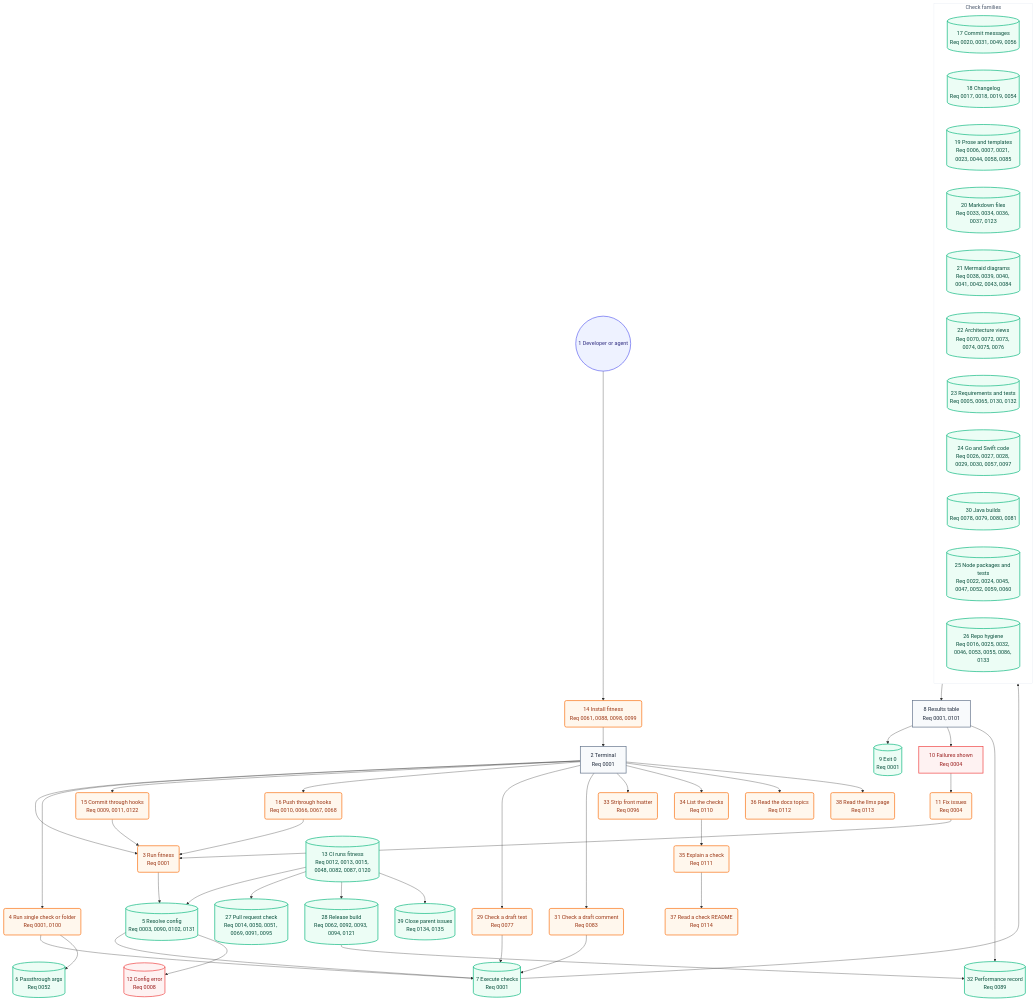
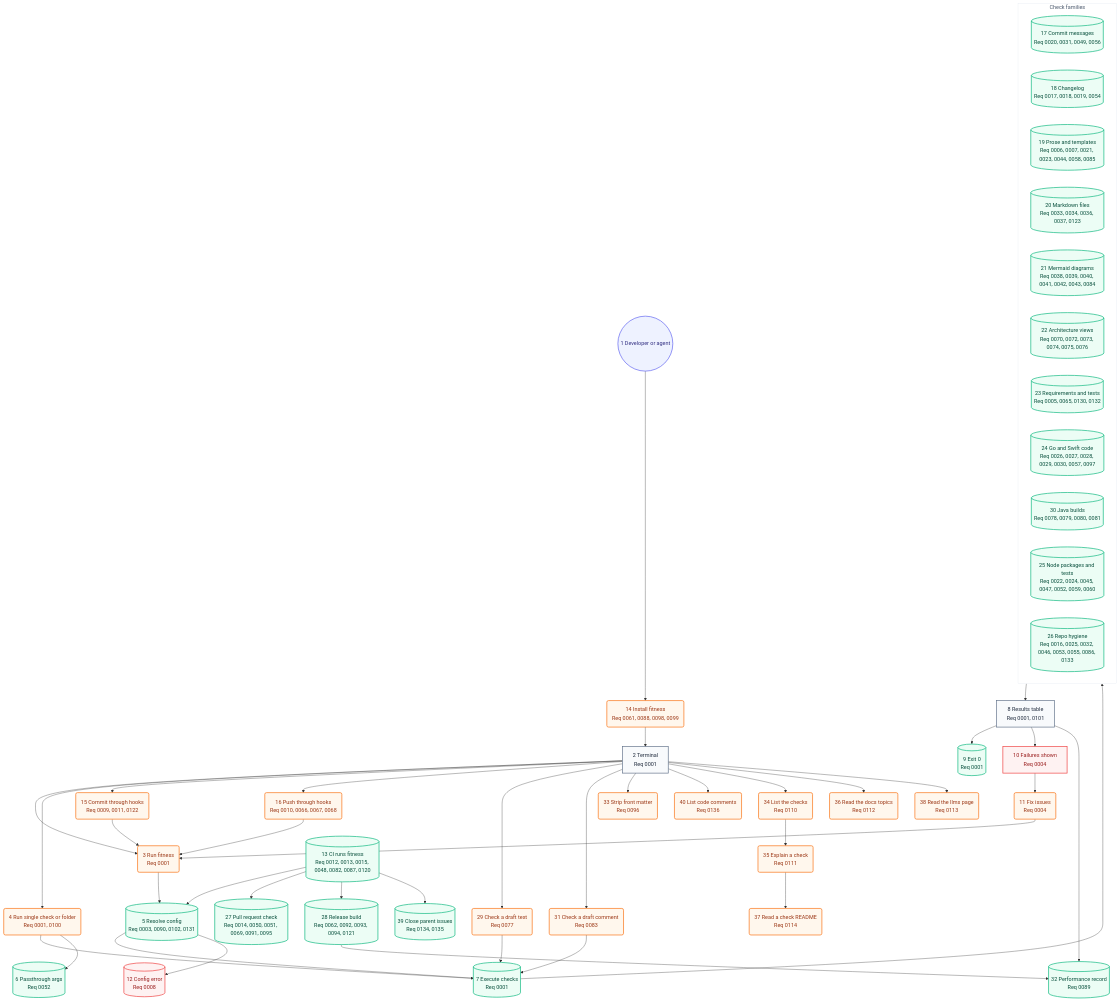
Before and after one commit to may-journal/fitness-runner: the second of 2 diagrams in docs/architecture/05-user-journey.md, drawn with Mermaid. The commit also changed other lines of this file and 18 other files, not shown here.

```diff
--- a/docs/architecture/05-user-journey.md
+++ b/docs/architecture/05-user-journey.md
@@ -42,6 +42,7 @@
     runBlob(29 Check a draft text<br/>Req 0077):::action
     runComment(31 Check a draft comment<br/>Req 0083):::action
     stripFront(33 Strip front matter<br/>Req 0096):::action
+    listComments(40 List code comments<br/>Req 0136):::action
     listChecks(34 List the checks<br/>Req 0110):::action
     explainCheck(35 Explain a check<br/>Req 0111):::action
     readDocs(36 Read the docs topics<br/>Req 0112):::action
@@ -87,6 +88,7 @@
     terminal --> runBlob
     terminal --> runComment
     terminal --> stripFront
+    terminal --> listComments
     terminal --> listChecks
     listChecks --> explainCheck
     terminal --> readDocs
```
